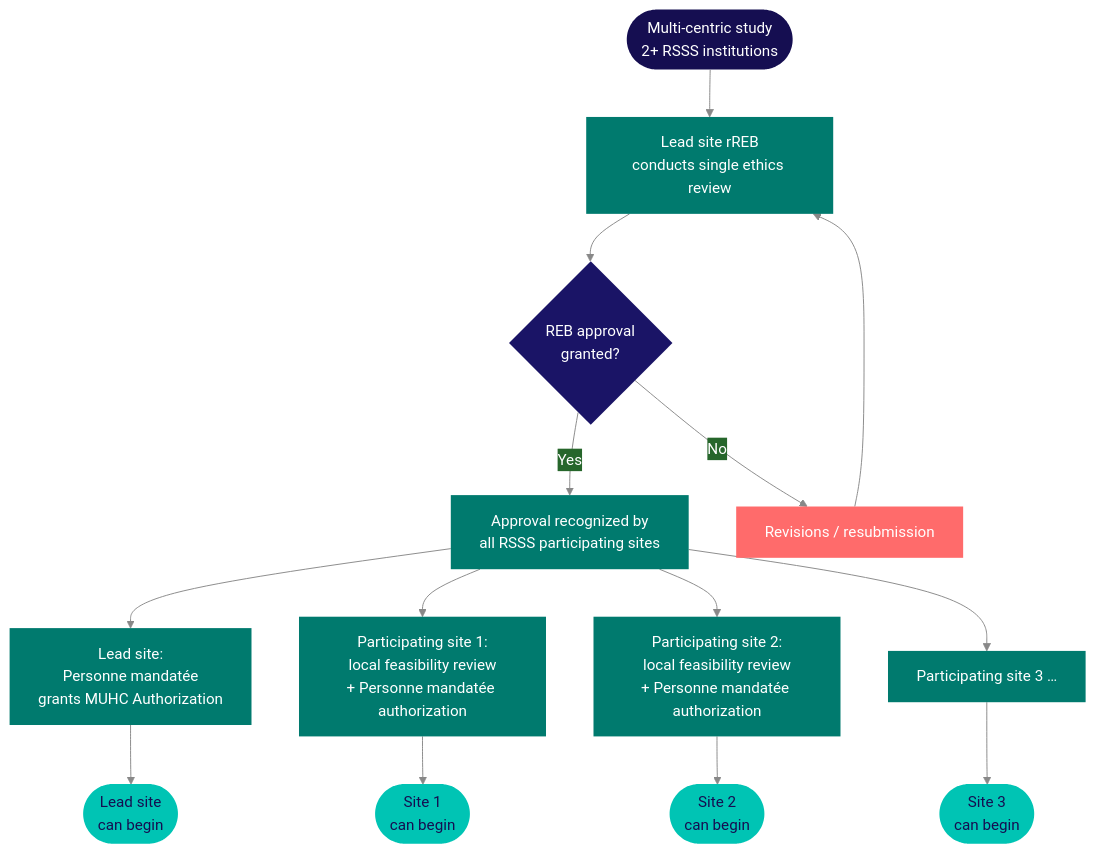
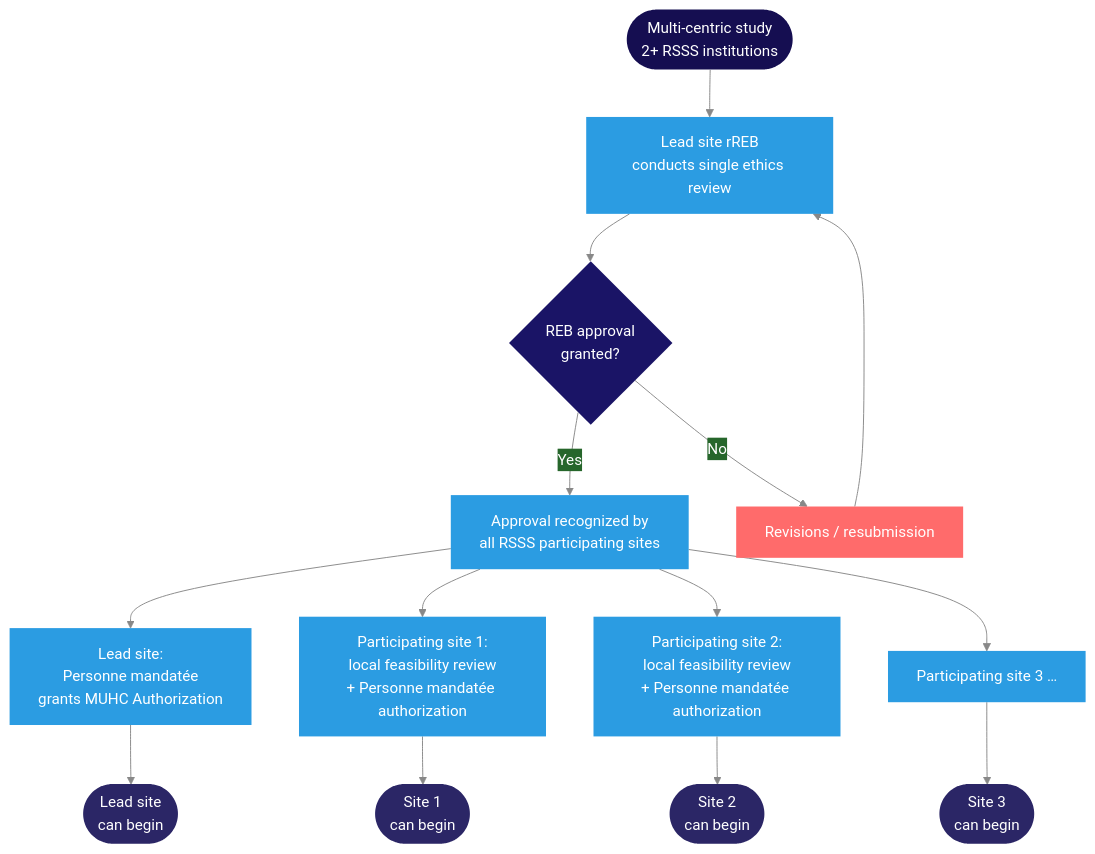
One commit to matthewfiorentino/docs changed the diagram in kb/multi-centric.mdx. Above: the diagram before and after it, drawn with Mermaid. The commit also changed 36 other files, not shown here.

````diff
--- a/kb/multi-centric.mdx
+++ b/kb/multi-centric.mdx
@@ -29,33 +29,33 @@
 ```mermaid
 %%{init: {'theme':'base','themeVariables':{'primaryColor':'#2b2666','primaryTextColor':'#ffffff','primaryBorderColor':'#2b2666','lineColor':'#888','fontFamily':'system-ui,sans-serif'}}}%%
 flowchart TD
     A(["Multi-centric study<br/>2+ RSSS institutions"]) --> B["Lead site rREB<br/>conducts single ethics review"]
     B --> C{"REB approval<br/>granted?"}
     C -- "Yes" --> D["Approval recognized by<br/>all RSSS participating sites"]
     C -- "No" --> X["Revisions / resubmission"]
     X --> B
 
     D --> E["Lead site:<br/>Personne mandatée<br/>grants MUHC Authorization"]
     D --> F["Participating site 1:<br/>local feasibility review<br/>+ Personne mandatée authorization"]
     D --> G["Participating site 2:<br/>local feasibility review<br/>+ Personne mandatée authorization"]
     D --> H["Participating site 3 …"]
 
     E --> I(["Lead site<br/>can begin"])
     F --> J(["Site 1<br/>can begin"])
     G --> K(["Site 2<br/>can begin"])
     H --> L(["Site 3<br/>can begin"])
 
     style A fill:#150e51,color:#fff,stroke:none
-    style B fill:#007a6e,color:#fff,stroke:none
+    style B fill:#2b9ce2,color:#fff,stroke:none
     style C fill:#1a1466,color:#fff,stroke:none
-    style D fill:#007a6e,color:#fff,stroke:none
+    style D fill:#2b9ce2,color:#fff,stroke:none
     style X fill:#ff6b6b,color:#fff,stroke:none
-    style E fill:#007a6e,color:#fff,stroke:none
-    style F fill:#007a6e,color:#fff,stroke:none
-    style G fill:#007a6e,color:#fff,stroke:none
-    style H fill:#007a6e,color:#fff,stroke:none
-    style I fill:#00c4b4,color:#150e51,stroke:none
-    style J fill:#00c4b4,color:#150e51,stroke:none
-    style K fill:#00c4b4,color:#150e51,stroke:none
-    style L fill:#00c4b4,color:#150e51,stroke:none
+    style E fill:#2b9ce2,color:#fff,stroke:none
+    style F fill:#2b9ce2,color:#fff,stroke:none
+    style G fill:#2b9ce2,color:#fff,stroke:none
+    style H fill:#2b9ce2,color:#fff,stroke:none
+    style I fill:#2b2666,color:#fff,stroke:none
+    style J fill:#2b2666,color:#fff,stroke:none
+    style K fill:#2b2666,color:#fff,stroke:none
+    style L fill:#2b2666,color:#fff,stroke:none
 ```
````
